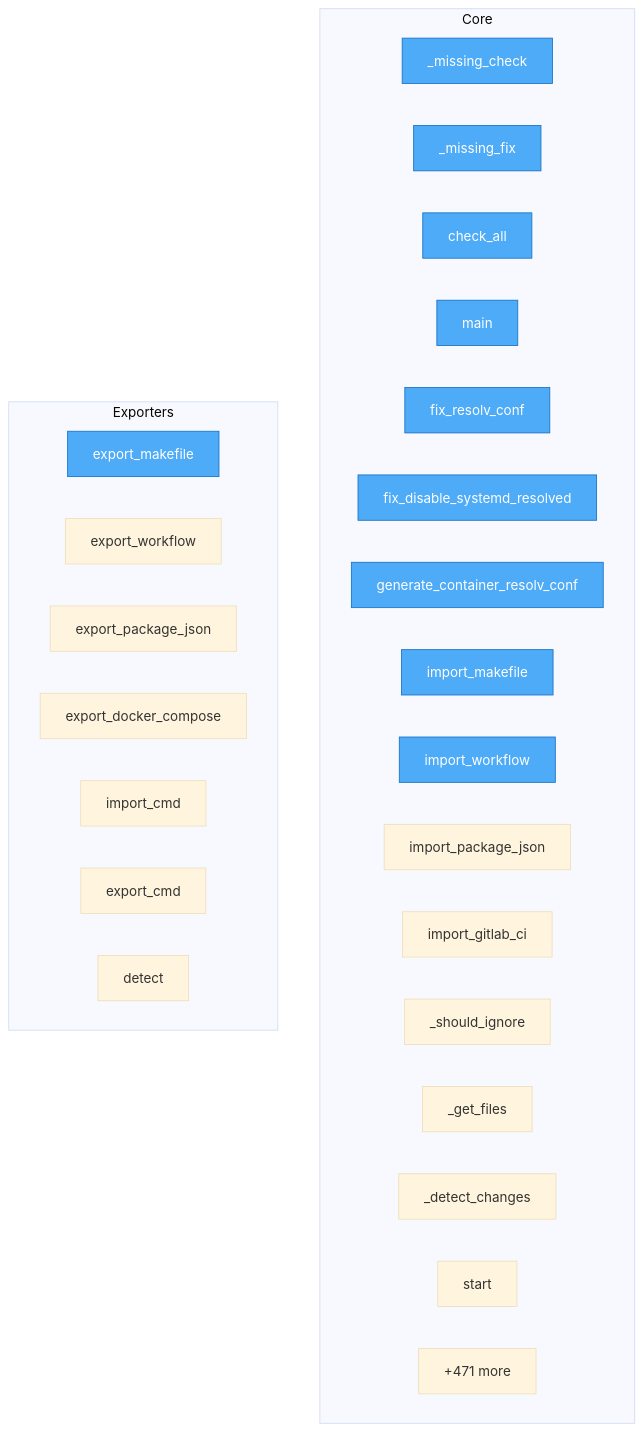
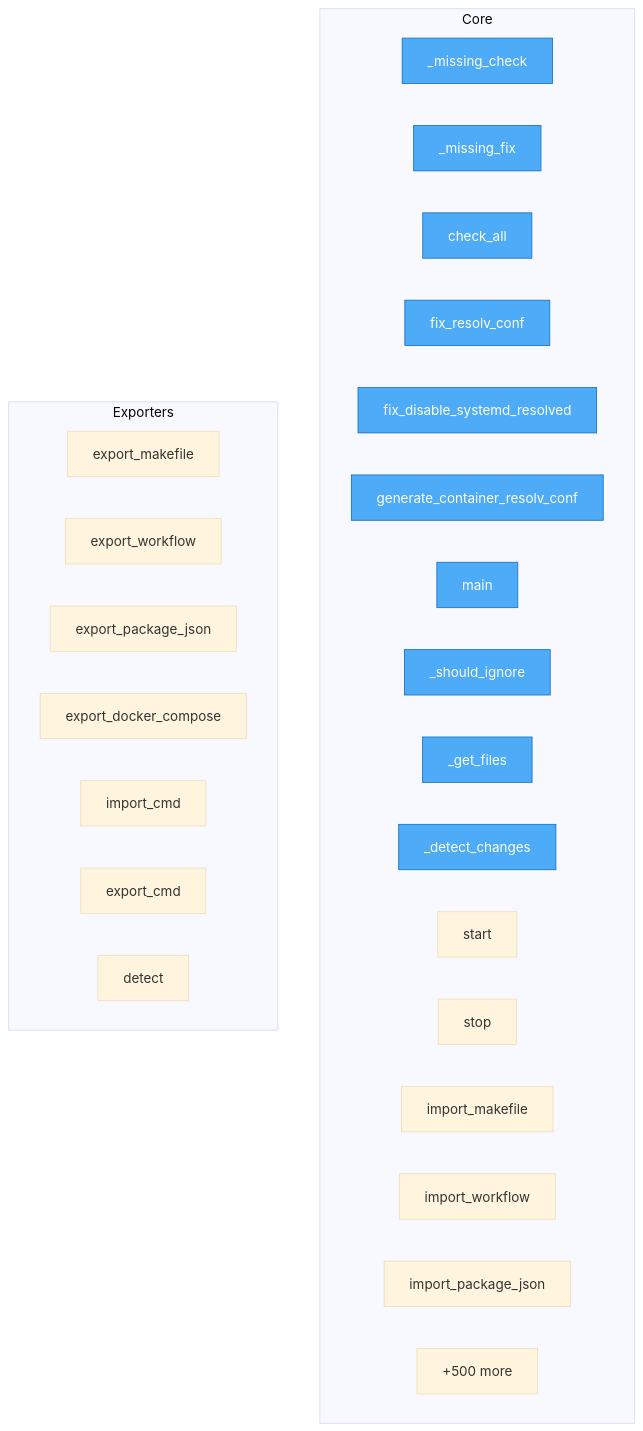
The diagram in project/flow.mmd (pyfunc/taskfile), drawn with Mermaid (base theme) before and after one commit. The commit also changed 29 other files, not shown here.

```diff
--- a/project/flow.mmd
+++ b/project/flow.mmd
@@ -1,35 +1,35 @@
 flowchart TD
 
     %% Entry points (blue)
     classDef entry fill:#4dabf7,stroke:#1971c2,color:#fff
 
     subgraph Core
         TODO___missing_check["_missing_check"]
         TODO___missing_fix["_missing_fix"]
         TODO__check_all["check_all"]
-        TODO__src__fixop__cli__main["main"]
         TODO__dns__fix_resolv_conf["fix_resolv_conf"]
         TODO__dns__fix_disable_systemd_resolved["fix_disable_systemd_resolved"]
         TODO__dns__generate_container_resolv_conf["generate_container_resolv_conf"]
-        src__taskfile__converters__MakefileConverter__import_makefile["import_makefile"]
-        src__taskfile__converters__GitHubActionsConverter__import_workflow["import_workflow"]
-        src__taskfile__converters__NpmScriptsConverter__import_package_json["import_package_json"]
-        src__taskfile__converters__GitLabCIConverter__import_gitlab_ci["import_gitlab_ci"]
+        TODO__src__fixop__cli__main["main"]
         src__taskfile__watch__FileWatcher___should_ignore["_should_ignore"]
         src__taskfile__watch__FileWatcher___get_files["_get_files"]
         src__taskfile__watch__FileWatcher___detect_changes["_detect_changes"]
         src__taskfile__watch__FileWatcher__start["start"]
-        ...["+471 more"]
+        src__taskfile__watch__FileWatcher__stop["stop"]
+        src__taskfile__converters__MakefileConverter__import_makefile["import_makefile"]
+        src__taskfile__converters__GitHubActionsConverter__import_workflow["import_workflow"]
+        src__taskfile__converters__NpmScriptsConverter__import_package_json["import_package_json"]
+        ...["+500 more"]
     end
 
     subgraph Exporters
         src__taskfile__converters__MakefileConverter__export_makefile["export_makefile"]
         src__taskfile__converters__GitHubActionsConverter__export_workflow["export_workflow"]
         src__taskfile__converters__NpmScriptsConverter__export_package_json["export_package_json"]
         src__taskfile__converters__DockerComposeConverter__export_docker_compose["export_docker_compose"]
         src__taskfile__cli__import_export__import_cmd["import_cmd"]
         src__taskfile__cli__import_export__export_cmd["export_cmd"]
         src__taskfile__cli__import_export__detect["detect"]
     end
 
-    class TODO___missing_check,TODO___missing_fix,TODO__check_all,TODO__src__fixop__cli__main,TODO__dns__fix_resolv_conf,TODO__dns__fix_disable_systemd_resolved,TODO__dns__generate_container_resolv_conf,src__taskfile__converters__MakefileConverter__import_makefile,src__taskfile__converters__MakefileConverter__export_makefile,src__taskfile__converters__GitHubActionsConverter__import_workflow entry
+    class TODO___missing_check,TODO___missing_fix,TODO__check_all,TODO__dns__fix_resolv_conf,TODO__dns__fix_disable_systemd_resolved,TODO__dns__generate_container_resolv_conf,TODO__src__fixop__cli__main,src__taskfile__watch__FileWatcher___should_ignore,src__taskfile__watch__FileWatcher___get_files,src__taskfile__watch__FileWatcher___detect_changes entry
```
